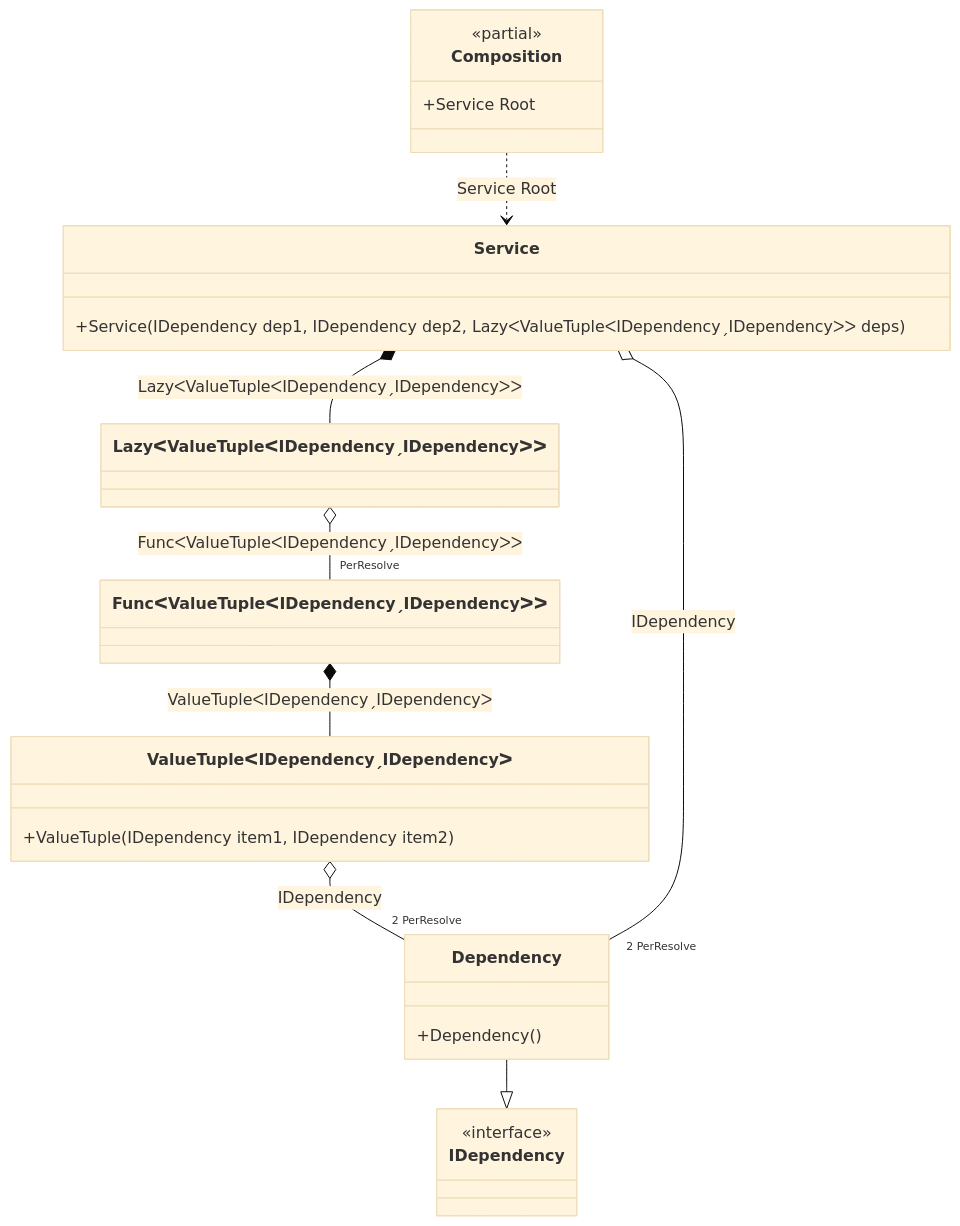
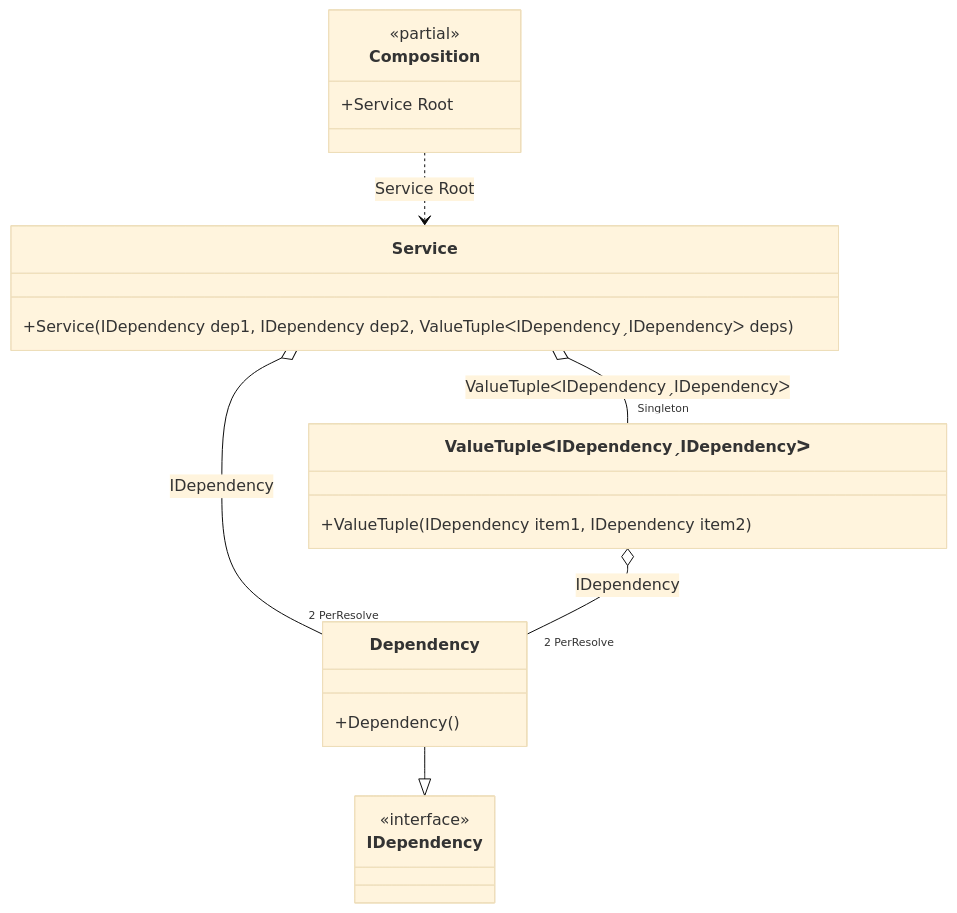
The diagram in readme/perresolve.md (DevTeam/Pure.DI), drawn with Mermaid (base theme) before and after one commit. The commit also changed other lines of this file and 50 other files, not shown here.

````diff
--- a/readme/perresolve.md
+++ b/readme/perresolve.md
@@ -113,28 +103,24 @@
 ```mermaid
 classDiagram
 	class Composition {
 		<<partial>>
 		+Service Root
 	}
-	class ValueTupleᐸIDependencyˏIDependencyᐳ {
-		+ValueTuple(IDependency item1, IDependency item2)
-	}
 	class Service {
-		+Service(IDependency dep1, IDependency dep2, LazyᐸValueTupleᐸIDependencyˏIDependencyᐳᐳ deps)
+		+Service(IDependency dep1, IDependency dep2, ValueTupleᐸIDependencyˏIDependencyᐳ deps)
 	}
 	Dependency --|> IDependency
 	class Dependency {
 		+Dependency()
 	}
-	class LazyᐸValueTupleᐸIDependencyˏIDependencyᐳᐳ
-	class FuncᐸValueTupleᐸIDependencyˏIDependencyᐳᐳ
+	class ValueTupleᐸIDependencyˏIDependencyᐳ {
+		+ValueTuple(IDependency item1, IDependency item2)
+	}
 	class IDependency {
 		<<interface>>
 	}
+	Service o-- "2 PerResolve" Dependency : IDependency
+	Service o-- "Singleton" ValueTupleᐸIDependencyˏIDependencyᐳ : ValueTupleᐸIDependencyˏIDependencyᐳ
 	ValueTupleᐸIDependencyˏIDependencyᐳ o-- "2 PerResolve" Dependency : IDependency
-	Service o-- "2 PerResolve" Dependency : IDependency
-	Service *--  LazyᐸValueTupleᐸIDependencyˏIDependencyᐳᐳ : LazyᐸValueTupleᐸIDependencyˏIDependencyᐳᐳ
 	Composition ..> Service : Service Root
-	LazyᐸValueTupleᐸIDependencyˏIDependencyᐳᐳ o-- "PerResolve" FuncᐸValueTupleᐸIDependencyˏIDependencyᐳᐳ : FuncᐸValueTupleᐸIDependencyˏIDependencyᐳᐳ
-	FuncᐸValueTupleᐸIDependencyˏIDependencyᐳᐳ *--  ValueTupleᐸIDependencyˏIDependencyᐳ : ValueTupleᐸIDependencyˏIDependencyᐳ
 ```
````
